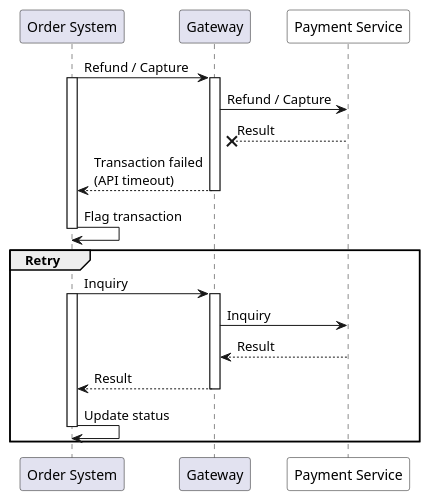
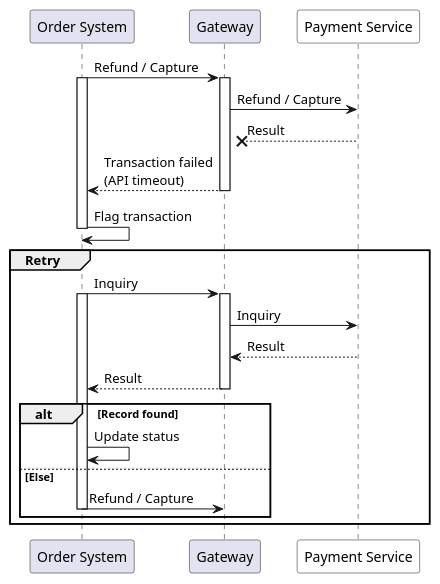
One commit to yidas/web-service-architectures changed the diagram in third-party-payment/failure-handle_refund-capture.plantuml. Above: the diagram before and after it, drawn with PlantUML. The commit also changed other lines of this file, not shown here.

```diff
--- a/third-party-payment/failure-handle_refund-capture.plantuml
+++ b/third-party-payment/failure-handle_refund-capture.plantuml
@@ -1,30 +1,35 @@
 @startuml
 
 participant "Order System" as order
 participant "Gateway" as gw
 participant "Payment Service" as acquire #White
 
 
 order -> gw: Refund / Capture
 activate order
 activate gw
 gw -> acquire: Refund / Capture
 acquire -->x gw: Result
 gw --> order: Transaction failed\n(API timeout)
 deactivate gw
 order -> order: Flag transaction
 deactivate order
 
 group Retry
     order -> gw: Inquiry
     activate order
     activate gw
     gw -> acquire: Inquiry
     acquire --> gw: Result
     gw --> order: Result
     deactivate gw
-    order -> order: Update status
-    deactivate order
+    
+    alt Record found
+        order -> order: Update status
+    else Else
+        order -> gw: Refund / Capture
+        deactivate order
+    end
 end
 
 @enduml
```
